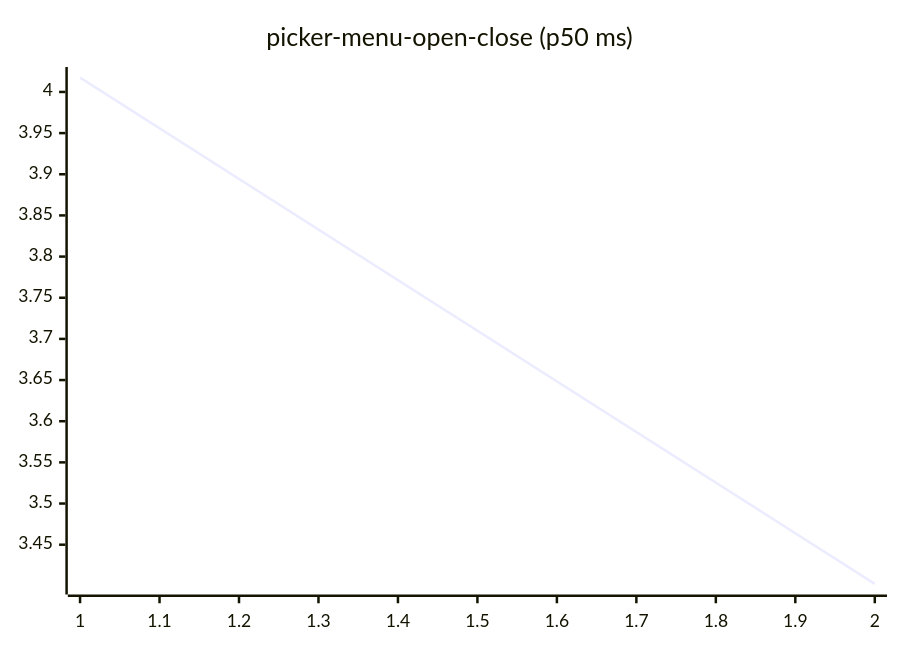
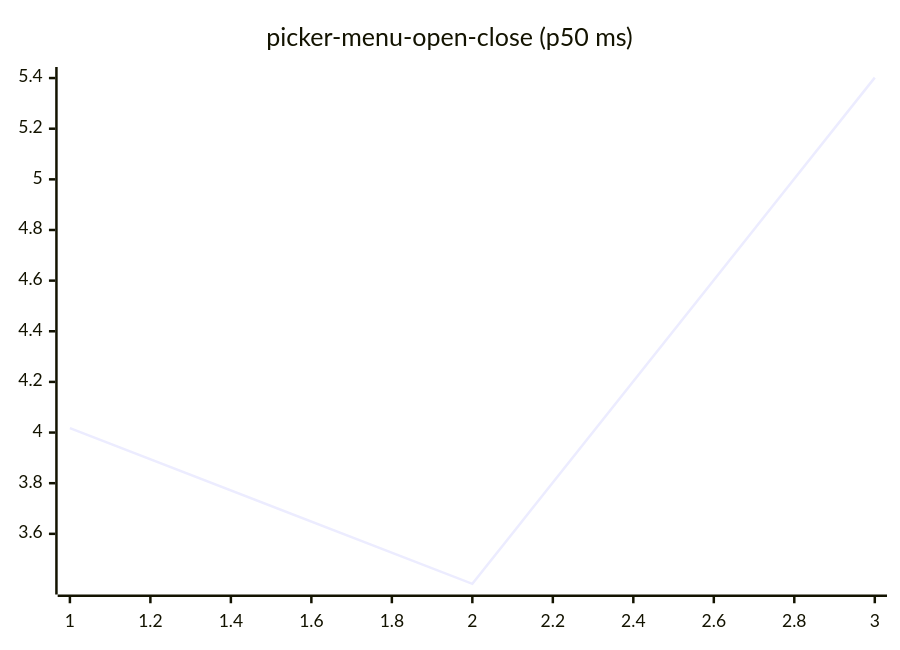
Diagram 16 of 27 in README.md (josha/Facet), drawn with Mermaid before and after one commit. The commit also changed other lines of this file and 2 other files, not shown here.

````diff
--- a/README.md
+++ b/README.md
@@ -168,6 +168,6 @@
 ```mermaid
 xychart-beta
     title "picker-menu-open-close (p50 ms)"
-    x-axis 1 --> 2
-    line [4.0174, 3.4024]
+    x-axis 1 --> 3
+    line [4.0174, 3.4024, 5.4017]
 ```
````
